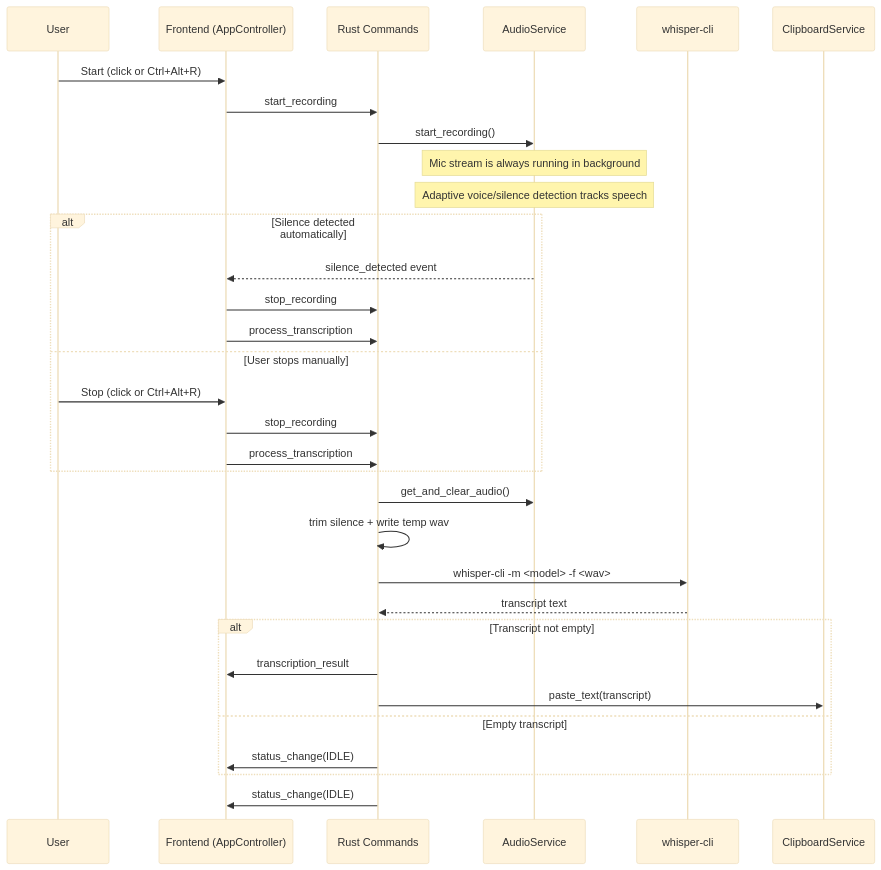
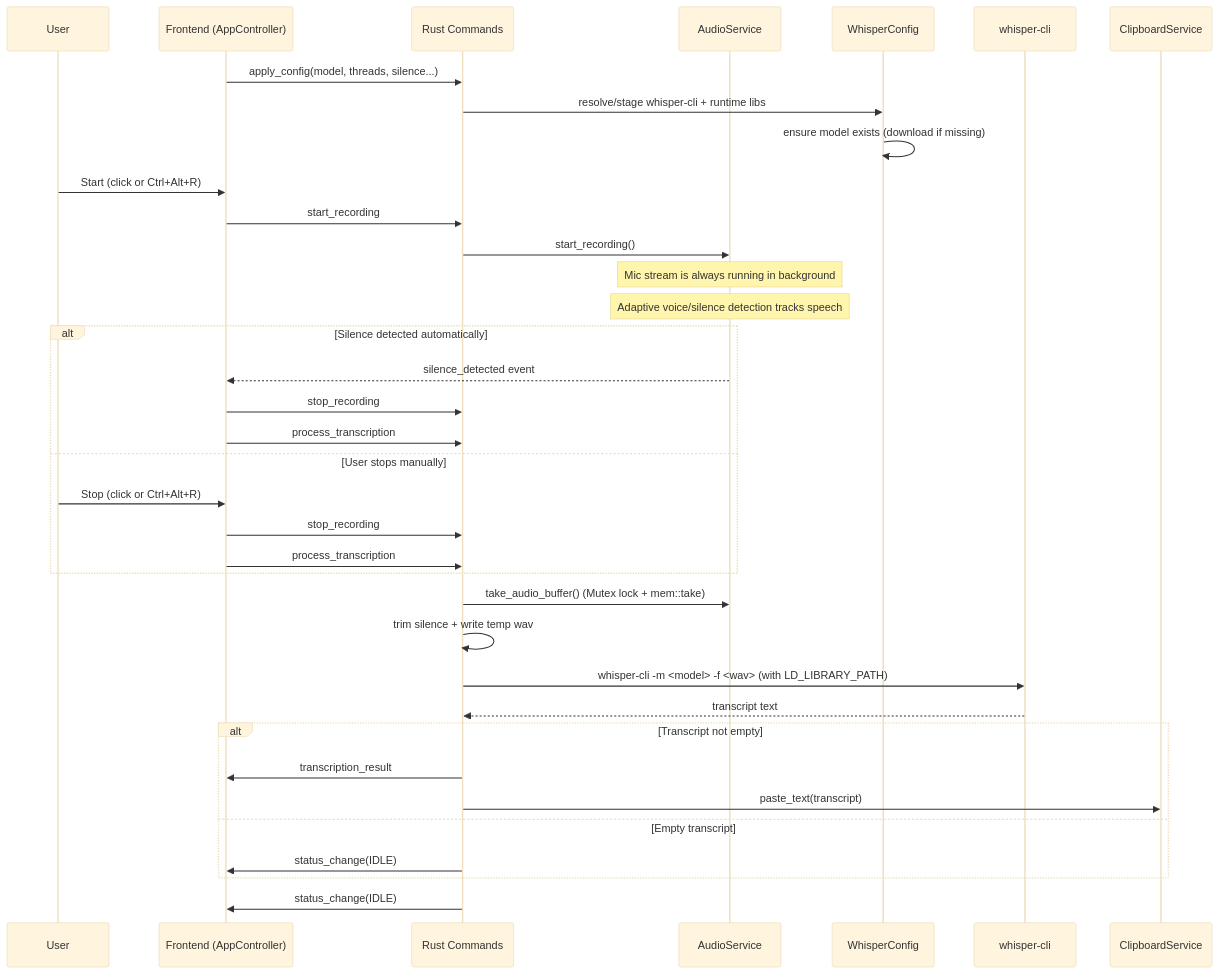
One commit to Prasannajaga/Audio-paste changed the second of 2 diagrams in README.md. Above: the diagram before and after it, drawn with Mermaid (base theme). The commit also changed other lines of this file and 5 other files, not shown here.

````diff
--- a/README.md
+++ b/README.md
@@ -75,40 +79,45 @@
 ```mermaid
 sequenceDiagram
   participant User
   participant UI as Frontend (AppController)
   participant Tauri as Rust Commands
   participant Audio as AudioService
+  participant Config as WhisperConfig
   participant Whisper as whisper-cli
   participant Clip as ClipboardService
+
+  UI->>Tauri: apply_config(model, threads, silence...)
+  Tauri->>Config: resolve/stage whisper-cli + runtime libs
+  Config->>Config: ensure model exists (download if missing)
 
   User->>UI: Start (click or Ctrl+Alt+R)
   UI->>Tauri: start_recording
   Tauri->>Audio: start_recording()
 
   Note over Audio: Mic stream is always running in background
   Note over Audio: Adaptive voice/silence detection tracks speech
 
   alt Silence detected automatically
     Audio-->>UI: silence_detected event
     UI->>Tauri: stop_recording
     UI->>Tauri: process_transcription
   else User stops manually
     User->>UI: Stop (click or Ctrl+Alt+R)
     UI->>Tauri: stop_recording
     UI->>Tauri: process_transcription
   end
 
-  Tauri->>Audio: get_and_clear_audio()
+  Tauri->>Audio: take_audio_buffer() (Mutex lock + mem::take)
   Tauri->>Tauri: trim silence + write temp wav
-  Tauri->>Whisper: whisper-cli -m <model> -f <wav>
+  Tauri->>Whisper: whisper-cli -m <model> -f <wav> (with LD_LIBRARY_PATH)
   Whisper-->>Tauri: transcript text
 
   alt Transcript not empty
     Tauri->>UI: transcription_result
     Tauri->>Clip: paste_text(transcript)
   else Empty transcript
     Tauri->>UI: status_change(IDLE)
   end
 
   Tauri->>UI: status_change(IDLE)
 ```
````
